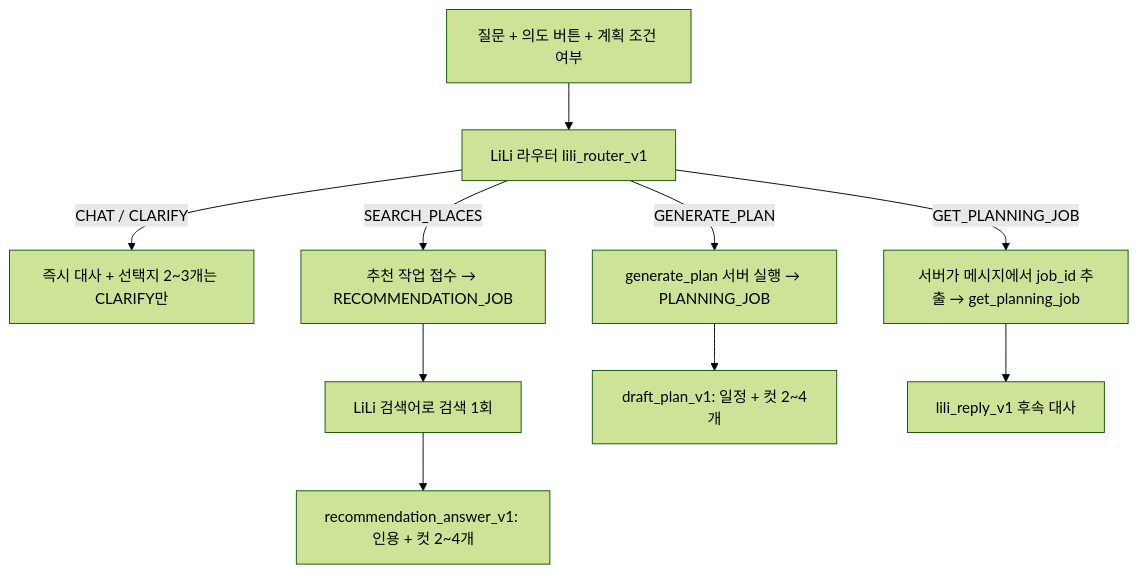
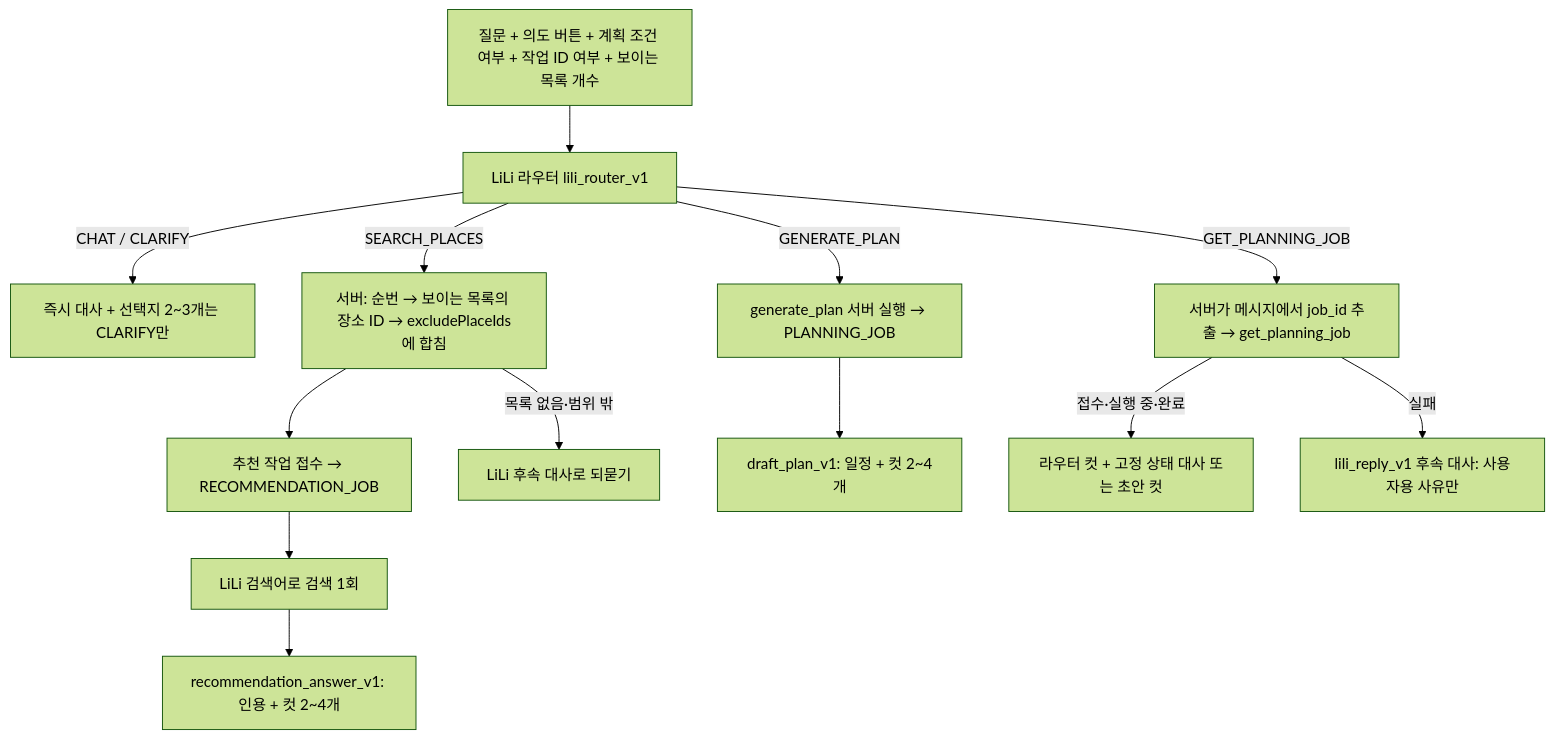
Before and after one commit to yollo4179/TravelMate: the diagram in docs/architecture/lili-router.md, drawn with Mermaid (forest theme). The commit also changed other lines of this file and 2 other files, not shown here.

````diff
--- a/docs/architecture/lili-router.md
+++ b/docs/architecture/lili-router.md
@@ -6,12 +6,15 @@
 ```mermaid
 flowchart TD
-    USER[질문 + 의도 버튼 + 계획 조건 여부] --> ROUTER[LiLi 라우터 lili_router_v1]
+    USER[질문 + 의도 버튼 + 계획 조건 여부 + 작업 ID 여부 + 보이는 목록 개수] --> ROUTER[LiLi 라우터 lili_router_v1]
     ROUTER -->|CHAT / CLARIFY| REPLY[즉시 대사 + 선택지 2~3개는 CLARIFY만]
-    ROUTER -->|SEARCH_PLACES| RJOB[추천 작업 접수 → RECOMMENDATION_JOB]
+    ROUTER -->|SEARCH_PLACES| EXCL[서버: 순번 → 보이는 목록의 장소 ID → excludePlaceIds에 합침]
+    EXCL --> RJOB[추천 작업 접수 → RECOMMENDATION_JOB]
+    EXCL -->|목록 없음·범위 밖| ASK[LiLi 후속 대사로 되묻기]
     ROUTER -->|GENERATE_PLAN| PLAN[generate_plan 서버 실행 → PLANNING_JOB]
     ROUTER -->|GET_PLANNING_JOB| LOOKUP[서버가 메시지에서 job_id 추출 → get_planning_job]
     RJOB --> RETR[LiLi 검색어로 검색 1회]
     RETR --> REC[recommendation_answer_v1: 인용 + 컷 2~4개]
     PLAN --> DRAFT[draft_plan_v1: 일정 + 컷 2~4개]
-    LOOKUP --> FOLLOW[lili_reply_v1 후속 대사]
+    LOOKUP -->|접수·실행 중·완료| FIXED[라우터 컷 + 고정 상태 대사 또는 초안 컷]
+    LOOKUP -->|실패| FOLLOW[lili_reply_v1 후속 대사: 사용자용 사유만]
 ```
````
